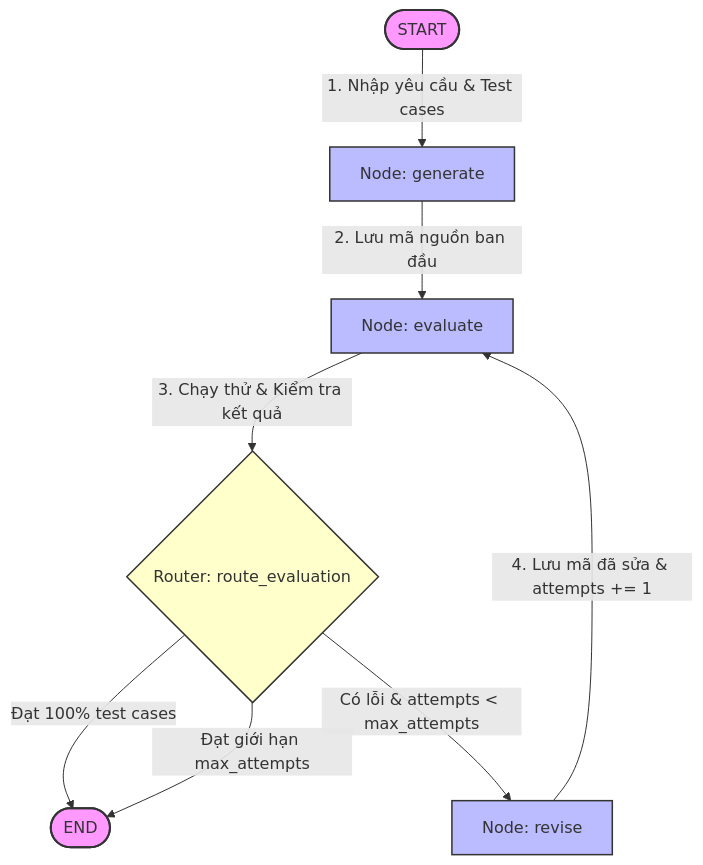
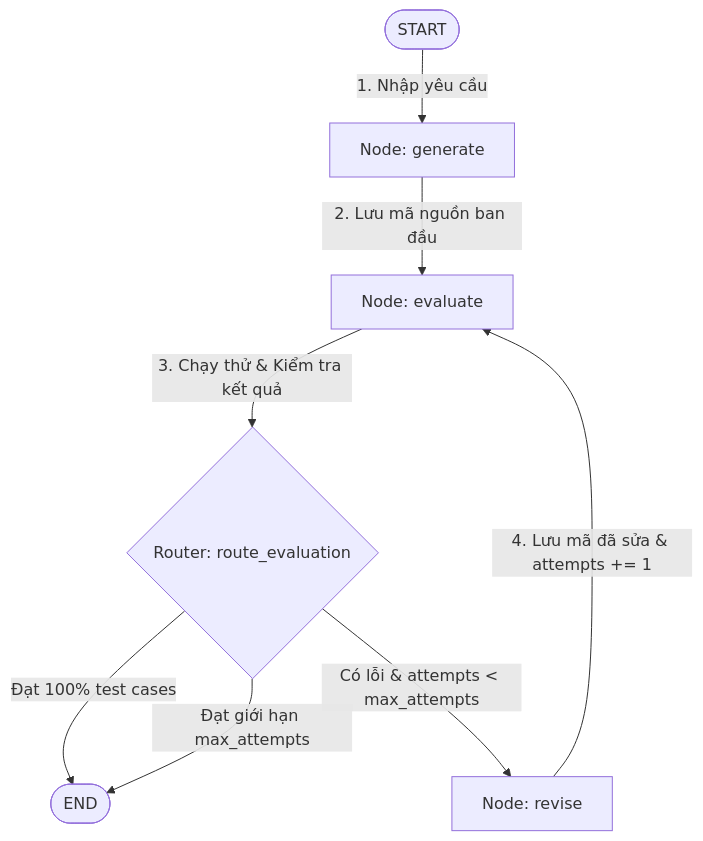
One commit to tutran27/langgraph-learning-labs changed the diagram in labs/04_cycles_and_limits/README.md. Above: the diagram before and after it, drawn with Mermaid.

````diff
--- a/labs/04_cycles_and_limits/README.md
+++ b/labs/04_cycles_and_limits/README.md
@@ -25,20 +25,12 @@
 ```mermaid
 graph TD
-    classDef startEnd fill:#f9f,stroke:#333,stroke-width:2px,rx:20px;
-    classDef nodeStyle fill:#bbf,stroke:#333,stroke-width:1.5px;
-    classDef routerStyle fill:#ffc,stroke:#333,stroke-width:1.5px;
-
-    START([START]) -->|1. Nhập yêu cầu & Test cases| generate[Node: generate]
+    START([START]) -->|1. Nhập yêu cầu| generate[Node: generate]
     generate -->|2. Lưu mã nguồn ban đầu| evaluate[Node: evaluate]
     evaluate -->|3. Chạy thử & Kiểm tra kết quả| router{Router: route_evaluation}
     
     router -->|Đạt 100% test cases| END([END])
     router -->|Có lỗi & attempts < max_attempts| revise[Node: revise]
     router -->|Đạt giới hạn max_attempts| END
     
     revise -->|4. Lưu mã đã sửa & attempts += 1| evaluate
-
-    class START,END startEnd;
-    class generate,evaluate,revise nodeStyle;
-    class router routerStyle;
 ```
````
